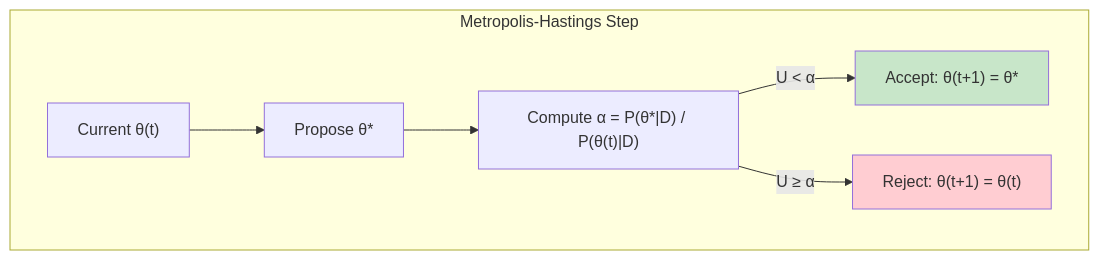
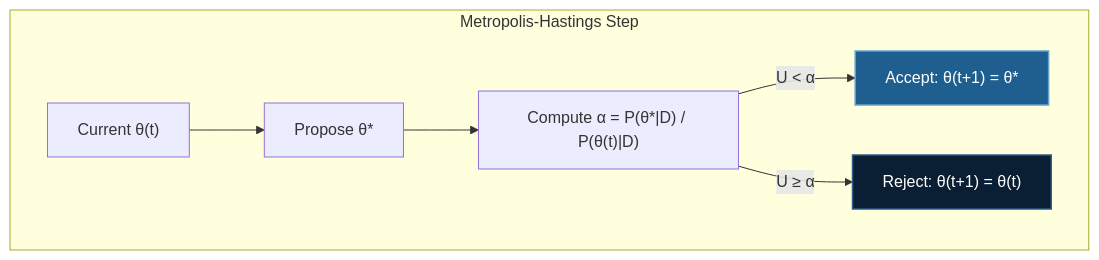
The third of 10 diagrams in docusaurus-docs/docs/tutorials/intermediate/bayesian-nn.md (yiqiao-yin/deepspeed-course), drawn with Mermaid before and after one commit. The commit also changed other lines of this file and 12 other files, not shown here.

````diff
--- a/docusaurus-docs/docs/tutorials/intermediate/bayesian-nn.md
+++ b/docusaurus-docs/docs/tutorials/intermediate/bayesian-nn.md
@@ -180,18 +180,18 @@
 ```mermaid
 graph TB
     subgraph "Metropolis-Hastings Step"
         CURRENT["Current θ(t)"]
         PROPOSE["Propose θ*"]
         COMPUTE["Compute α = P(θ*|D) / P(θ(t)|D)"]
         ACCEPT["Accept: θ(t+1) = θ*"]
         REJECT["Reject: θ(t+1) = θ(t)"]
 
         CURRENT --> PROPOSE
         PROPOSE --> COMPUTE
         COMPUTE -->|"U < α"| ACCEPT
         COMPUTE -->|"U ≥ α"| REJECT
     end
 
-    style ACCEPT fill:#c8e6c9
-    style REJECT fill:#ffcdd2
+    style ACCEPT fill:#1e5f8f,stroke:#63a3d0,stroke-width:1.5px,color:#ffffff
+    style REJECT fill:#0a1f33,stroke:#2d5a86,stroke-width:1.5px,color:#ffffff
 ```
````
